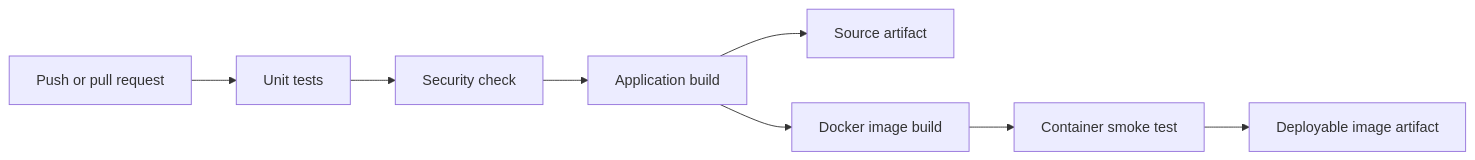
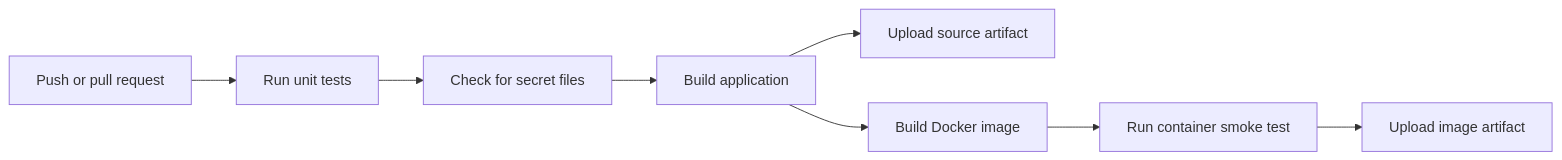
The diagram in session-16-github-actions/10-final-cicd-pipeline/README.md (Nency-Ravaliya/devops-heros), drawn with Mermaid before and after one commit. The commit also changed other lines of this file and 13 other files, not shown here.

````diff
--- a/session-16-github-actions/10-final-cicd-pipeline/README.md
+++ b/session-16-github-actions/10-final-cicd-pipeline/README.md
@@ -7,10 +7,10 @@
 ```mermaid
 flowchart LR
-    A[Push or pull request] --> B[Unit tests]
-    B --> C[Security check]
-    C --> D[Application build]
-    D --> E[Source artifact]
-    D --> F[Docker image build]
-    F --> G[Container smoke test]
-    G --> H[Deployable image artifact]
+    A[Push or pull request] --> B[Run unit tests]
+    B --> C[Check for secret files]
+    C --> D[Build application]
+    D --> E[Upload source artifact]
+    D --> F[Build Docker image]
+    F --> G[Run container smoke test]
+    G --> H[Upload image artifact]
 ```
````
